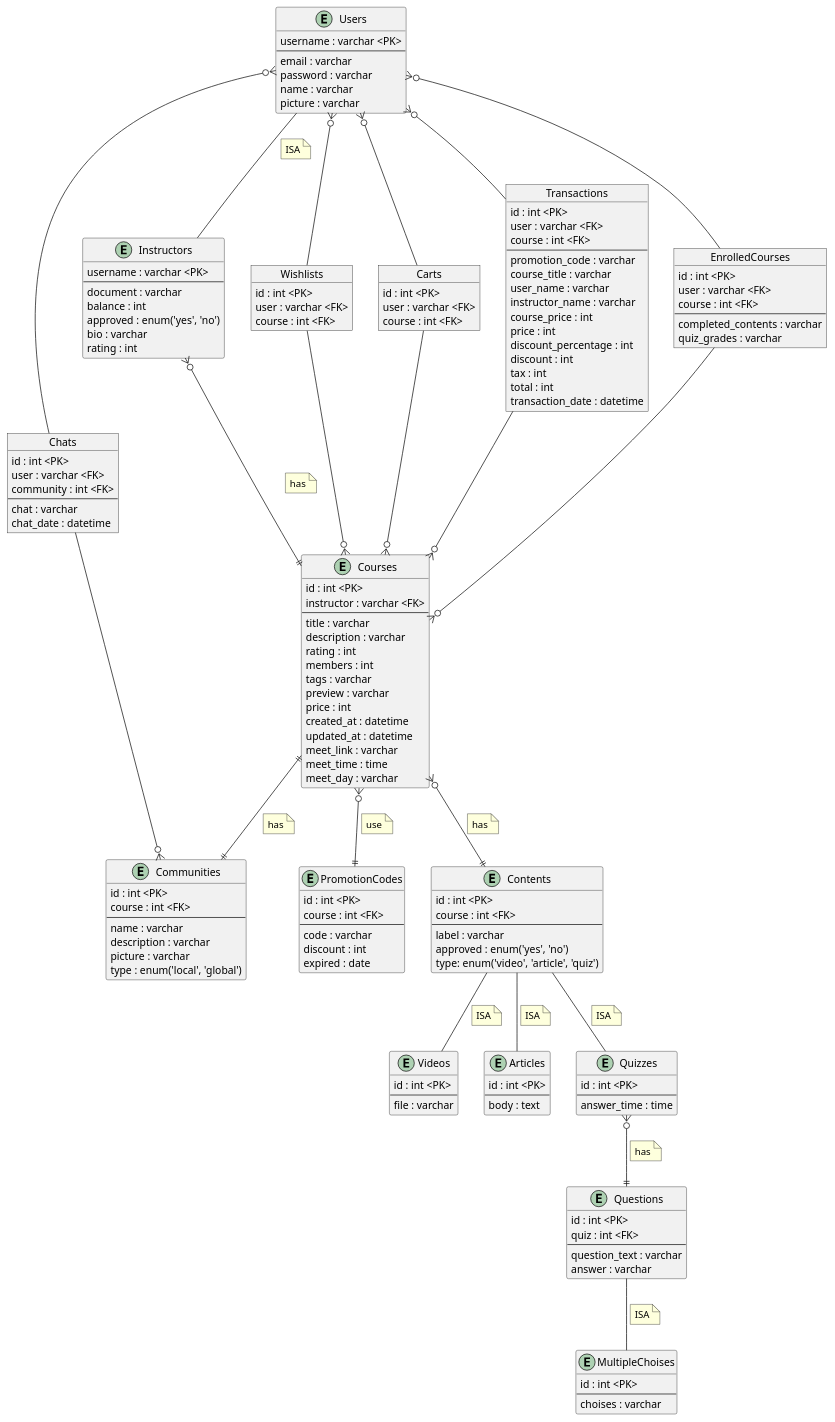
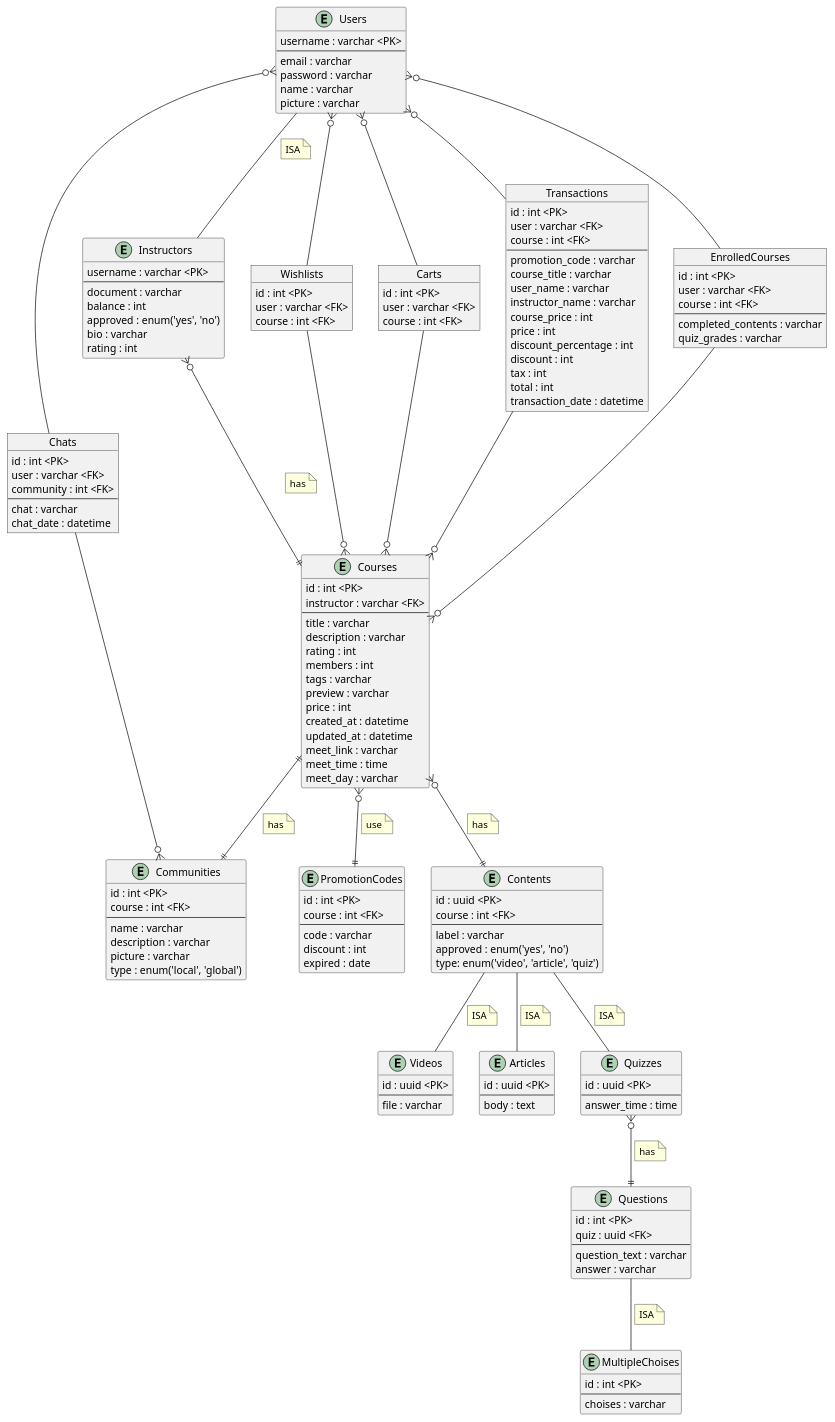
Before and after one commit to iqmalakur/LearNteach: the diagram in docs/diagrams/entity-relationship.puml, drawn with PlantUML. The commit also changed 23 other files, not shown here.

```diff
--- a/docs/diagrams/entity-relationship.puml
+++ b/docs/diagrams/entity-relationship.puml
@@ -104,7 +104,7 @@
 }
 
 entity Contents {
-    id : int <PK>
+    id : uuid <PK>
     course : int <FK>
     --
     label : varchar
@@ -113,26 +113,26 @@
 }
 
 entity Videos {
-    id : int <PK>
+    id : uuid <PK>
     --
     file : varchar
 }
 
 entity Articles {
-    id : int <PK>
+    id : uuid <PK>
     --
     body : text
 }
 
 entity Quizzes {
-    id : int <PK>
+    id : uuid <PK>
     --
     answer_time : time
 }
 
 entity Questions {
     id : int <PK>
-    quiz : int <FK>
+    quiz : uuid <FK>
     --
     question_text : varchar
     answer : varchar
```
